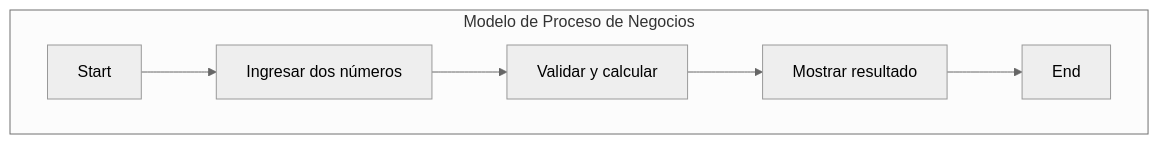
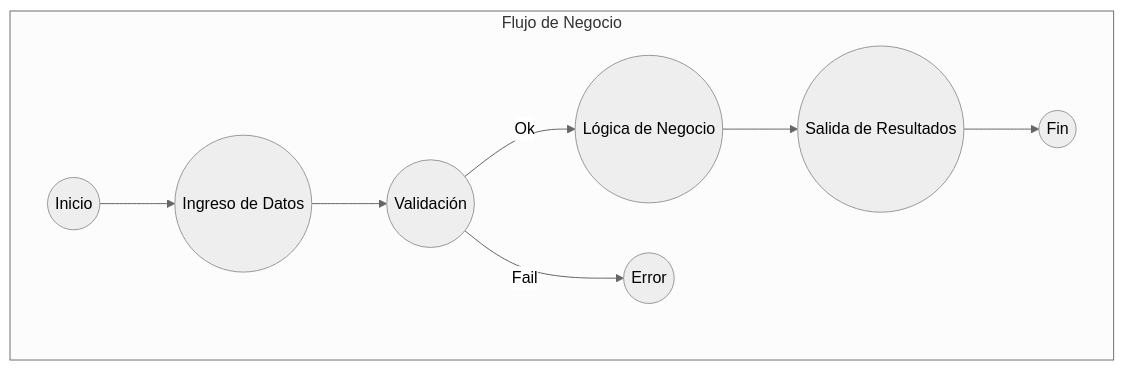
The diagram in SumaProject/docs/diagrama.mmd (natperh/newCodes), drawn with Mermaid (neutral theme) before and after one commit. The commit also changed 4 other files, not shown here.

```diff
--- a/SumaProject/docs/diagrama.mmd
+++ b/SumaProject/docs/diagrama.mmd
@@ -1,7 +1,9 @@
 graph TD
-  subgraph "Modelo de Proceso de Negocios"
-    Start --> Input[Ingresar dos números]
-    Input --> Logic[Validar y calcular]
-    Logic --> Output[Mostrar resultado]
-    Output --> End
+  subgraph "Flujo de Negocio"
+    Start((Inicio)) --> Input((Ingreso de Datos))
+    Input --> Validation((Validación))
+    Validation -- Ok --> BusinessLogic((Lógica de Negocio))
+    BusinessLogic --> Output((Salida de Resultados))
+    Output --> End((Fin))
+    Validation -- Fail --> Error((Error))
   end
```
